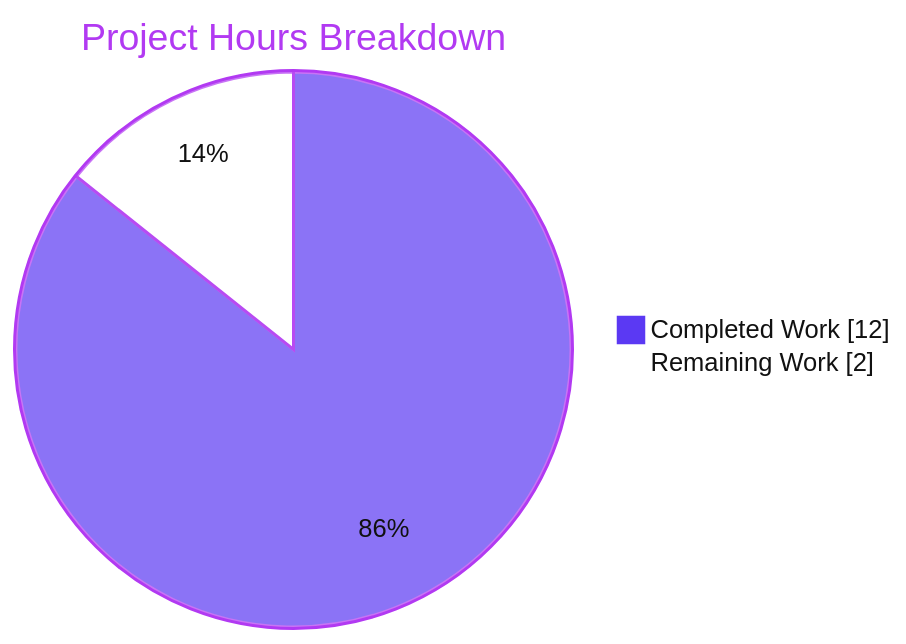
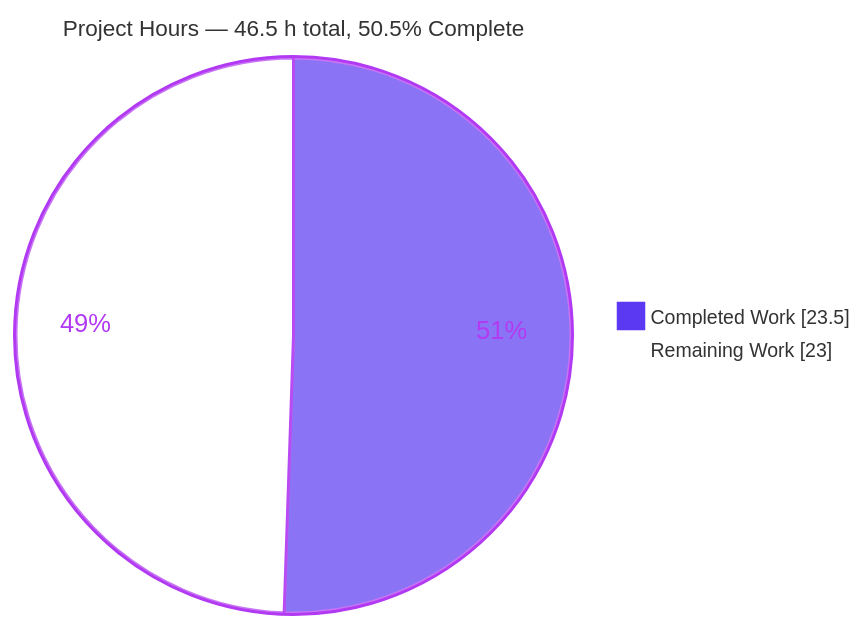
The second of 5 diagrams in blitzy/documentation/Project Guide.md (blitzy-public-samples/hello-world2-0r6b4x), drawn with Mermaid before and after one commit. The commit also changed other lines of this file, not shown here.

Commit message:
Adding Blitzy Project Guide: Project Status and Human Tasks Remaining

````diff
--- a/blitzy/documentation/Project Guide.md
+++ b/blitzy/documentation/Project Guide.md
@@ -185,6 +281,6 @@
 ```mermaid
-%%{init: {'theme':'base','themeVariables':{'pie1':'#5B39F3','pie2':'#FFFFFF','pieStrokeColor':'#B23AF2','pieOuterStrokeColor':'#B23AF2','pieTitleTextColor':'#B23AF2','pieSectionTextColor':'#111111','pieLegendTextColor':'#111111','pieStrokeWidth':'2px'}}}%%
-pie showData title Project Hours Breakdown
-    "Completed Work" : 12
-    "Remaining Work" : 2
+%%{init: {"theme":"base","themeVariables":{"pie1":"#5B39F3","pie2":"#FFFFFF","pieStrokeColor":"#B23AF2","pieOuterStrokeColor":"#B23AF2","pieSectionTextColor":"#B23AF2","pieTitleTextSize":"15px","pieLegendTextSize":"13px"}}}%%
+pie showData title Project Hours — 46.5 h total, 50.5% Complete
+    "Completed Work" : 23.5
+    "Remaining Work" : 23.0
 ```
````
